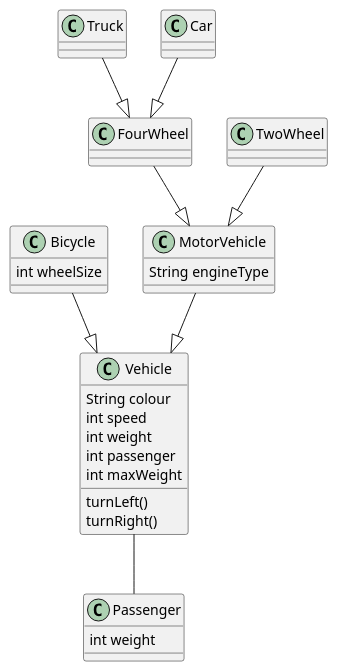
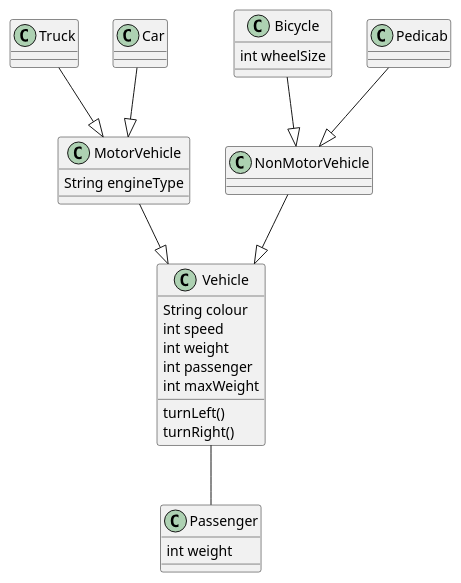
The diagram in src/balapan/case228.puml (billymontolalu/thesis), drawn with PlantUML before and after one commit. The commit also changed 25 other files, not shown here.

```diff
--- a/src/balapan/case228.puml
+++ b/src/balapan/case228.puml
@@ -1,19 +1,19 @@
 @startuml
 Vehicle : String colour
 Vehicle : int speed
 Vehicle : int weight
 Vehicle : int passenger
 Vehicle : int maxWeight
 Vehicle : turnLeft()
 Vehicle : turnRight()
 Passenger : int weight
 Bicycle : int wheelSize
 MotorVehicle : String engineType
-FourWheel --|> MotorVehicle
-Truck --|> FourWheel
-Car --|> FourWheel
-TwoWheel --|> MotorVehicle
-Bicycle --|> Vehicle
+Truck --|> MotorVehicle
+Car --|> MotorVehicle
+Bicycle --|> NonMotorVehicle
+Pedicab --|> NonMotorVehicle
+NonMotorVehicle --|> Vehicle
 Vehicle -- Passenger
 MotorVehicle --|> Vehicle
 @enduml
```
